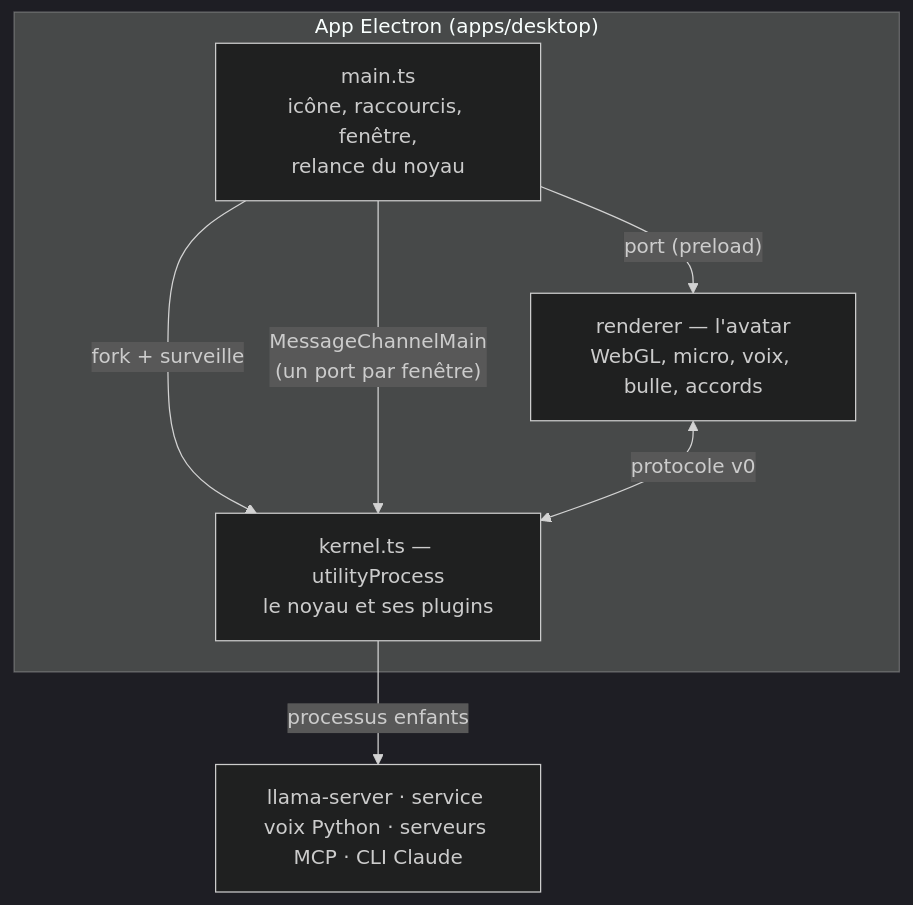
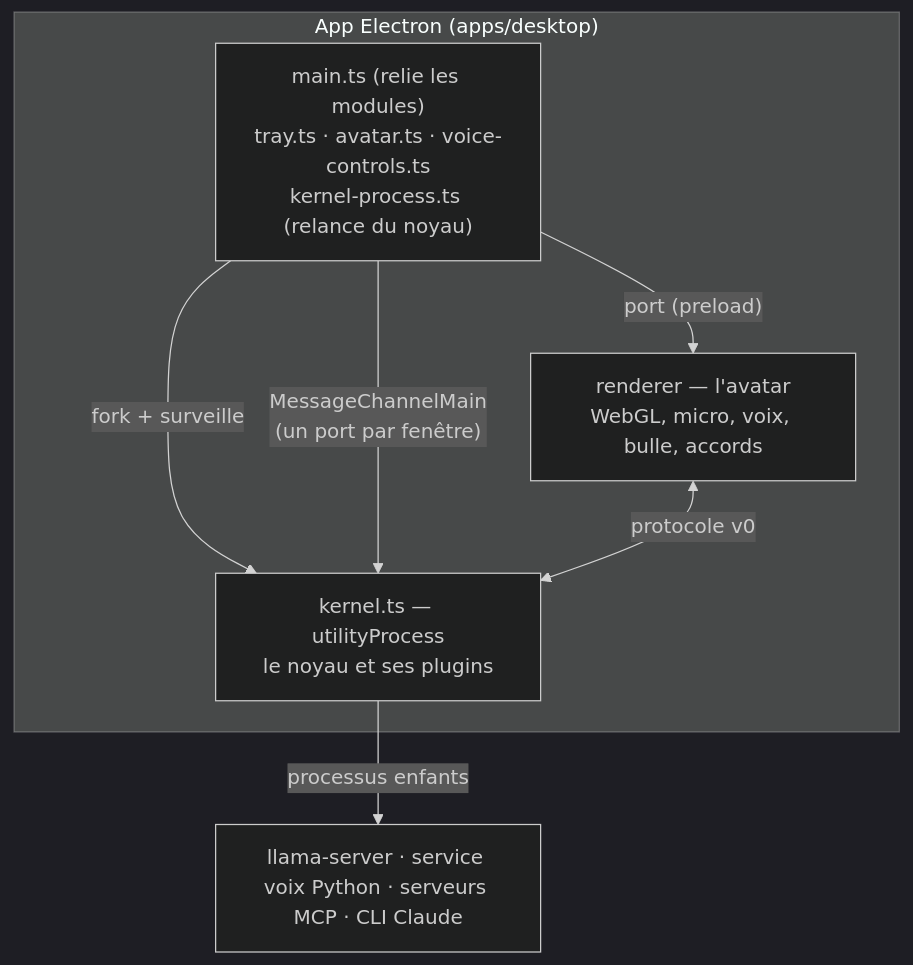
Before and after one commit to gleborgne/floppy: the fourth of 5 diagrams in docs/spec/corps-et-avatar.md, drawn with Mermaid (dark theme). The commit also changed other lines of this file and 13 other files, not shown here.

````diff
--- a/docs/spec/corps-et-avatar.md
+++ b/docs/spec/corps-et-avatar.md
@@ -329,13 +329,13 @@
 ```mermaid
 flowchart TB
   subgraph APP["App Electron (apps/desktop)"]
-    MAIN["main.ts<br/>icône, raccourcis, fenêtre,<br/>relance du noyau"]
+    MAIN["main.ts (relie les modules)<br/>tray.ts · avatar.ts · voice-controls.ts<br/>kernel-process.ts (relance du noyau)"]
     K["kernel.ts — utilityProcess<br/>le noyau et ses plugins"]
     R["renderer — l'avatar<br/>WebGL, micro, voix, bulle, accords"]
   end
   MAIN -- "fork + surveille" --> K
   MAIN -- "MessageChannelMain<br/>(un port par fenêtre)" --> K
   MAIN -- "port (preload)" --> R
   R <-- "protocole v0" --> K
   K -- "processus enfants" --> P["llama-server · service voix Python · serveurs MCP · CLI Claude"]
 ```
````
